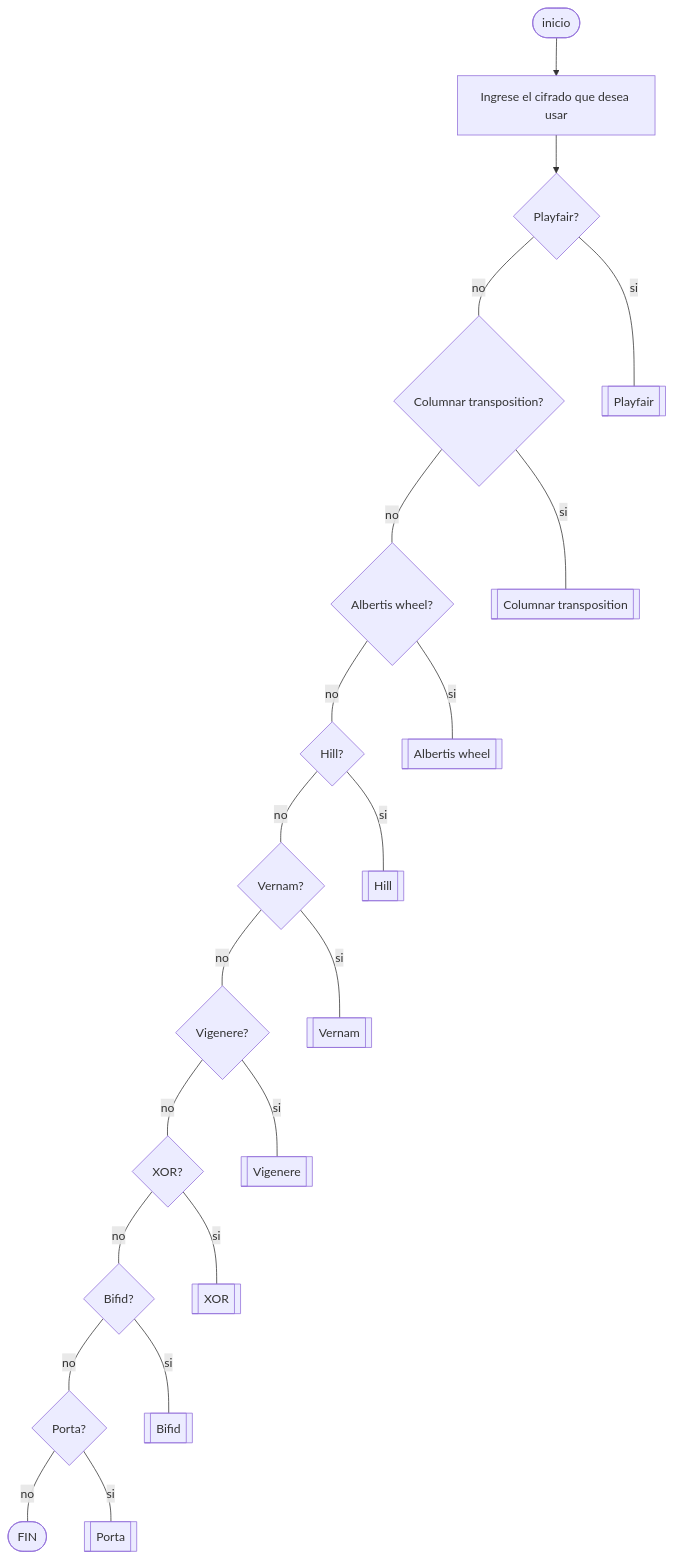
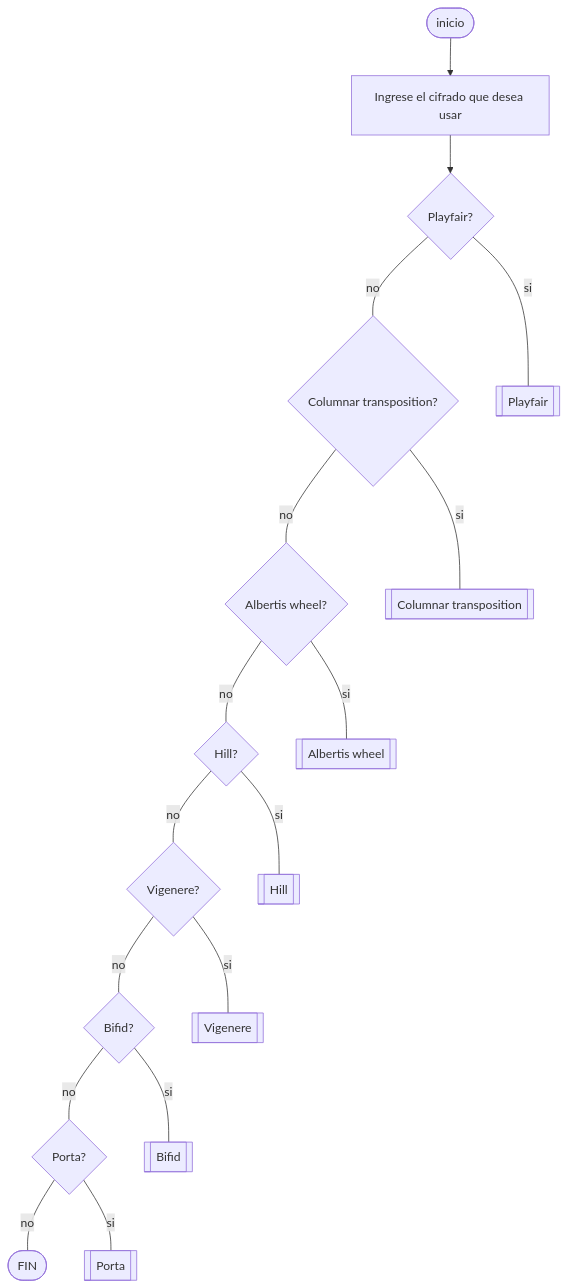
The first of 15 diagrams in README.md (abellol/Proyecto_PDC), drawn with Mermaid before and after one commit. The commit also changed other lines of this file, not shown here.

````diff
--- a/README.md
+++ b/README.md
@@ -8,42 +6,34 @@
 ```mermaid
 flowchart TD;
     a([inicio]) --> b[Ingrese el cifrado que desea usar]
     b -->c
     c-- no ---d
     c-- si ---C
     d -- no --- e
     d -- si --- D
     e -- no --- f
     e -- si --- E
-    f -- no --- g
+    f -- no --- h
     f -- si --- F
-    g -- no --- h
-    g -- si --- G
-    h -- no --- i
+    h -- no --- j
     h -- si --- H
-    i -- no --- j
-    i -- si --- I
     j -- no --- k
     j -- si --- J
     k -- no --- z([FIN])
     k -- si --- K
 
     c{Playfair?}
     d{Columnar transposition?}
     e{Albertis wheel?}
     f{Hill?}
-    g{Vernam?}
     h{Vigenere?}
-    i{XOR?}
     j{Bifid?}
     k{Porta?}
     C[[Playfair]]
     D[[Columnar transposition]]
     E[[Albertis wheel]]
     F[[Hill]]
-    G[[Vernam]]
     H[[Vigenere]]
-    I[[XOR]]
     J[[Bifid]]
-    K[[Porta]]
+    K[[Porta]]
 ```
````
